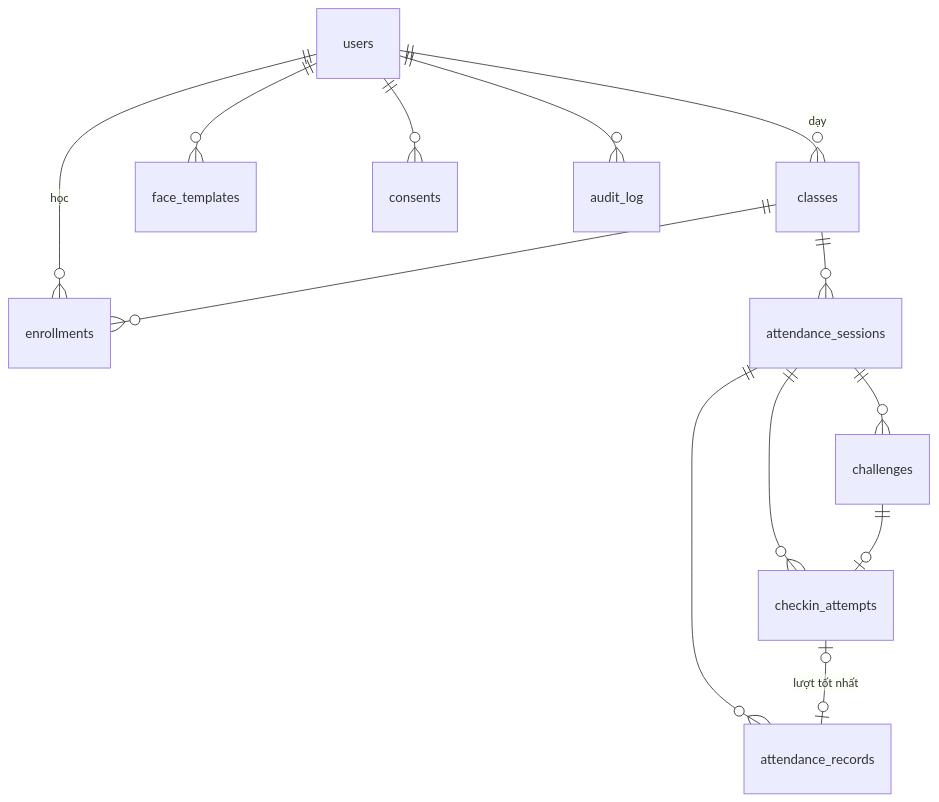
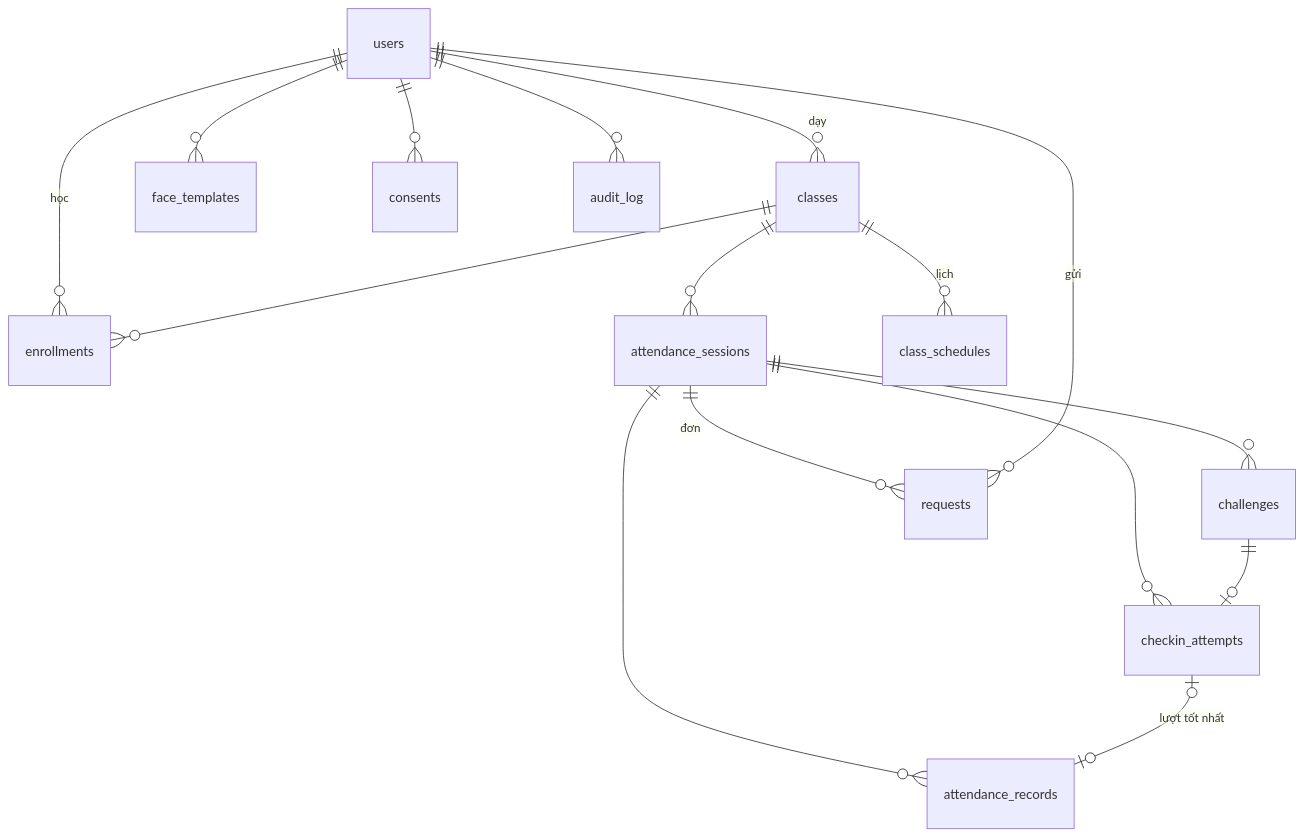
The third of 3 diagrams in docs/dac-ta-thiet-ke.md (ThaiSon-123/DiemDanhKhuonMat_GPS), drawn with Mermaid before and after one commit. The commit also changed other lines of this file and 27 other files, not shown here.

First line of the commit message:
feat: add class schedules and attendance features

````diff
--- a/docs/dac-ta-thiet-ke.md
+++ b/docs/dac-ta-thiet-ke.md
@@ -381,15 +416,18 @@
 ```mermaid
 erDiagram
   users ||--o{ classes : "dạy"
   users ||--o{ enrollments : "học"
   classes ||--o{ enrollments : ""
   users ||--o{ face_templates : ""
   users ||--o{ consents : ""
   classes ||--o{ attendance_sessions : ""
   attendance_sessions ||--o{ challenges : ""
   attendance_sessions ||--o{ checkin_attempts : ""
   challenges ||--o| checkin_attempts : ""
   attendance_sessions ||--o{ attendance_records : ""
   checkin_attempts |o--o| attendance_records : "lượt tốt nhất"
   users ||--o{ audit_log : ""
+  attendance_sessions ||--o{ requests : "đơn"
+  users ||--o{ requests : "gửi"
+  classes ||--o{ class_schedules : "lịch"
 ```
````
